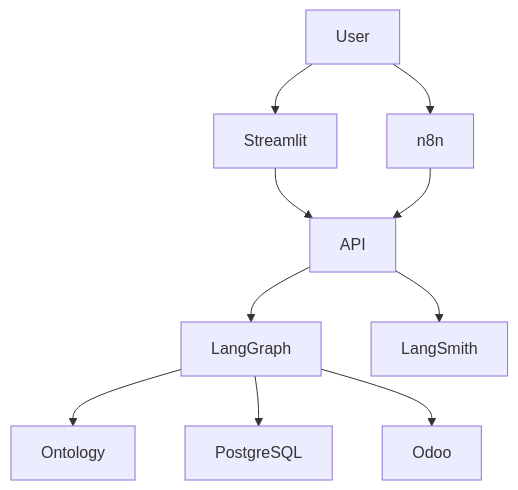
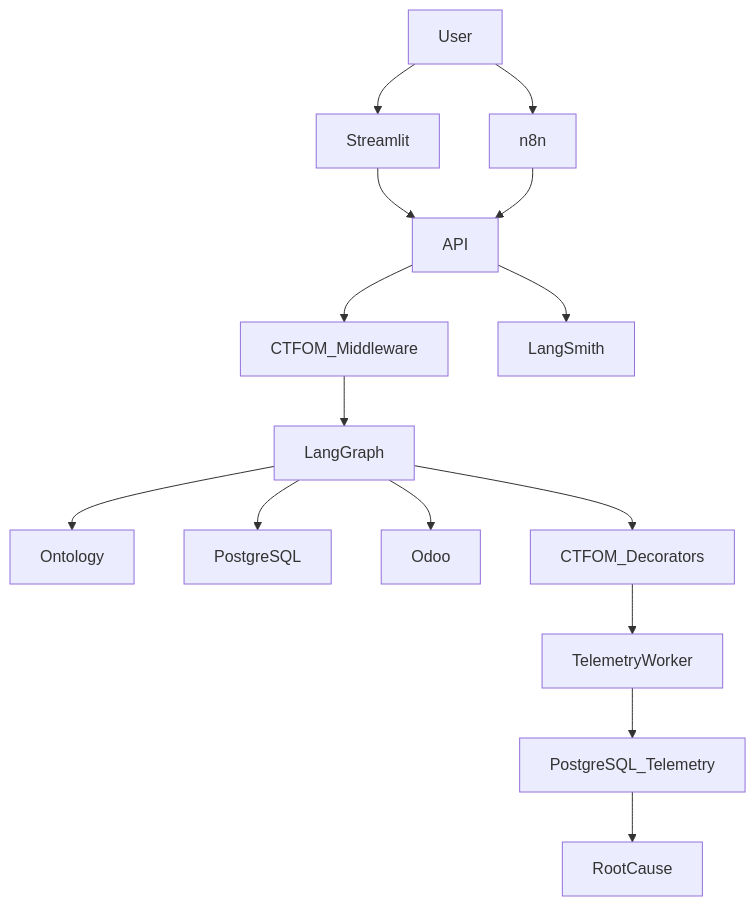
Before and after one commit to aisait/lang_graph: the diagram in README.md, drawn with Mermaid. The commit also changed other lines of this file, not shown here.

First line of the commit message:
Revise README for CTFOM and content improvements

````diff
--- a/README.md
+++ b/README.md
@@ -63,12 +197,17 @@
 ```mermaid
 flowchart TD
     User --> Streamlit
     User --> n8n
     Streamlit --> API
     n8n --> API
-    API --> LangGraph
+    API --> CTFOM_Middleware
+    CTFOM_Middleware --> LangGraph
     LangGraph --> Ontology
     LangGraph --> PostgreSQL
     LangGraph --> Odoo
     API --> LangSmith
+    LangGraph --> CTFOM_Decorators
+    CTFOM_Decorators --> TelemetryWorker
+    TelemetryWorker --> PostgreSQL_Telemetry
+    PostgreSQL_Telemetry --> RootCause
 ```
````
